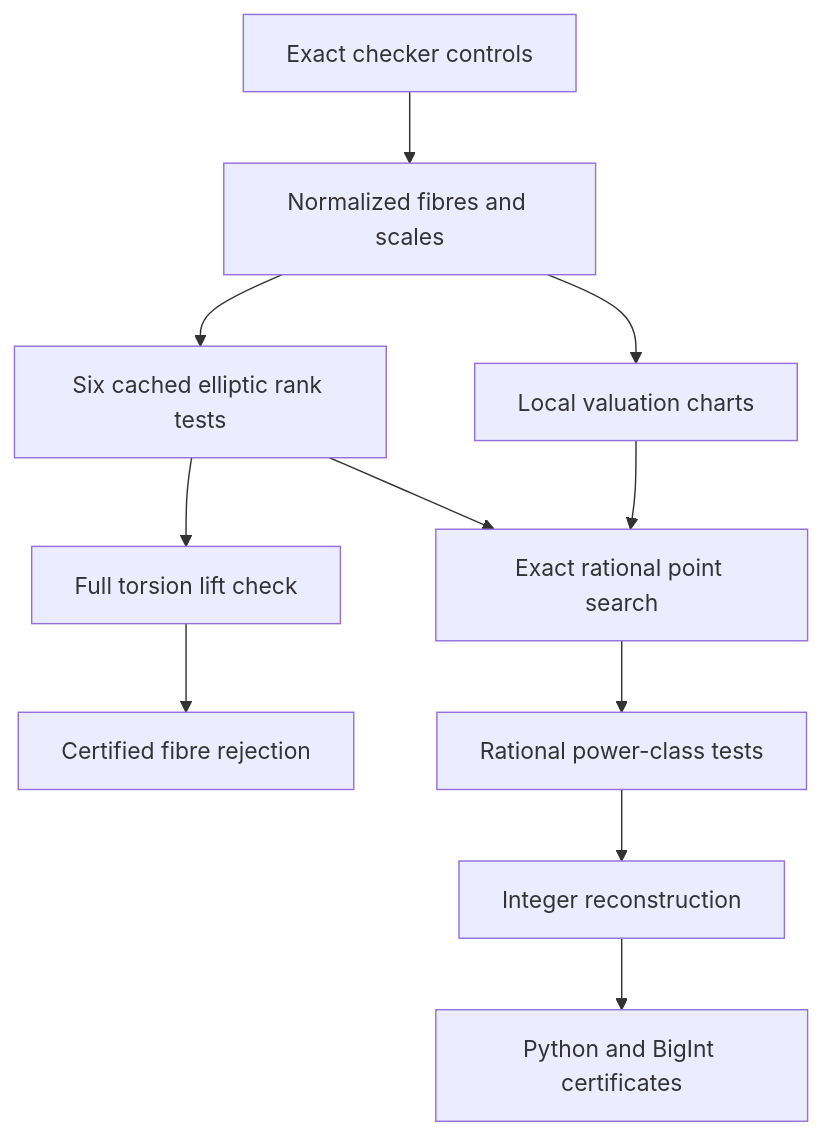
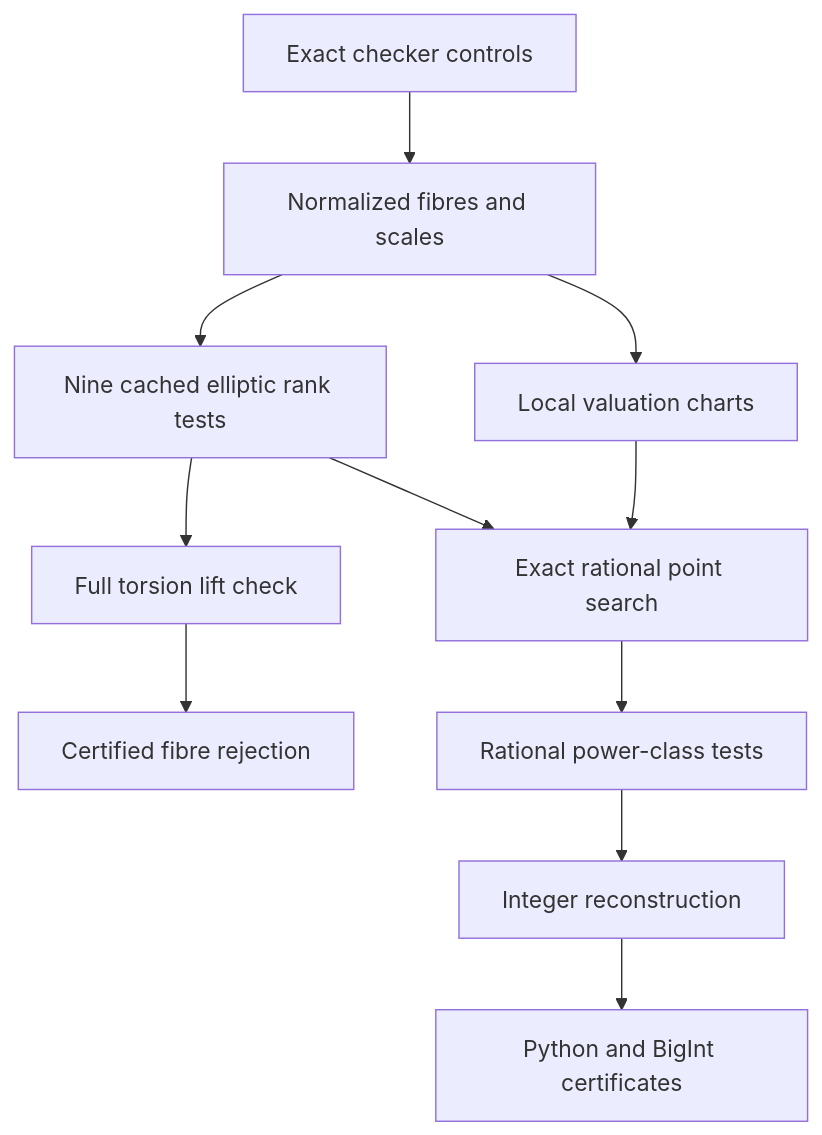
Before and after one commit to git-df-scott/ESOP6: the diagram in research/twisted_fibres_2026_09_10/ARITHMETIC.md, drawn with Mermaid. The commit also changed other lines of this file and 37 other files, not shown here.

````diff
--- a/research/twisted_fibres_2026_09_10/ARITHMETIC.md
+++ b/research/twisted_fibres_2026_09_10/ARITHMETIC.md
@@ -97,13 +120,13 @@
 ```mermaid
 flowchart TD
   V["Exact checker controls"] --> N["Normalized fibres and scales"]
   N --> L["Local valuation charts"]
-  N --> R["Six cached elliptic rank tests"]
+  N --> R["Nine cached elliptic rank tests"]
   R --> T["Full torsion lift check"]
   T --> J["Certified fibre rejection"]
   R --> P["Exact rational point search"]
   L --> P
   P --> S["Rational power-class tests"]
   S --> C["Integer reconstruction"]
   C --> I["Python and BigInt certificates"]
 ```
````
